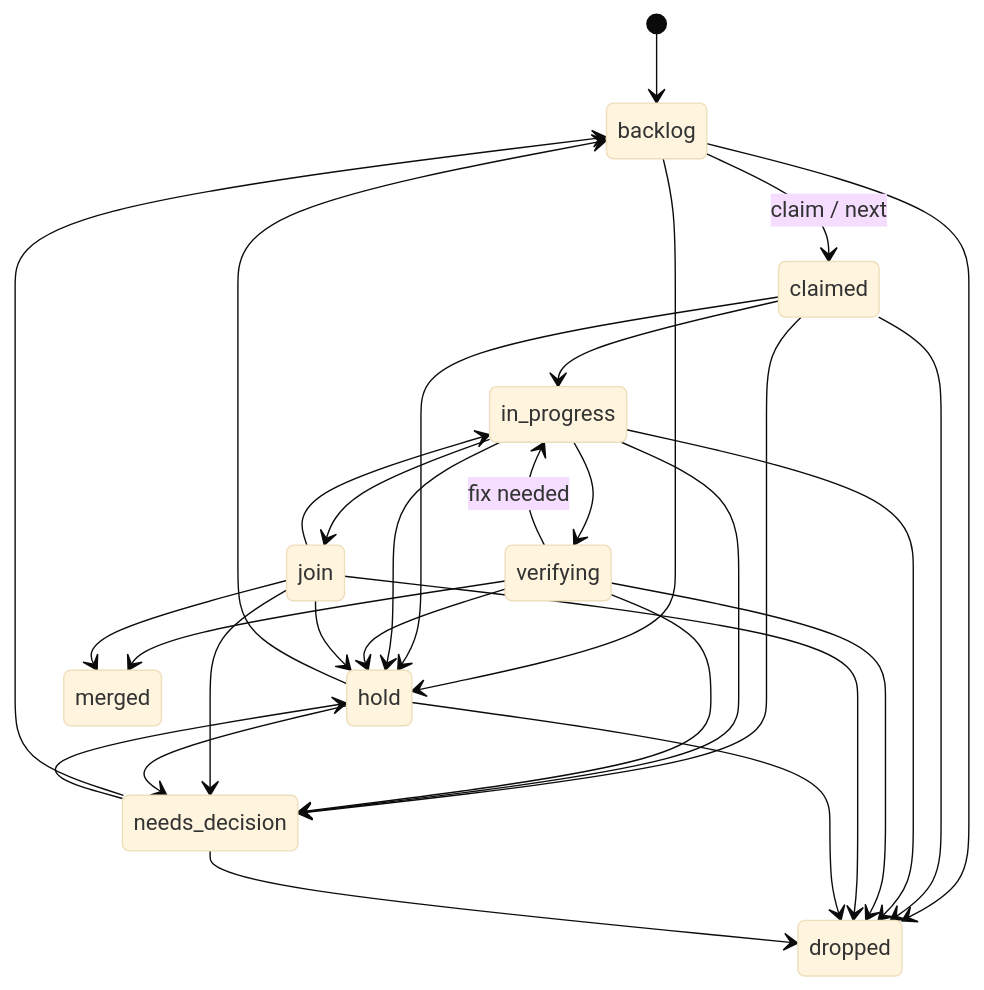
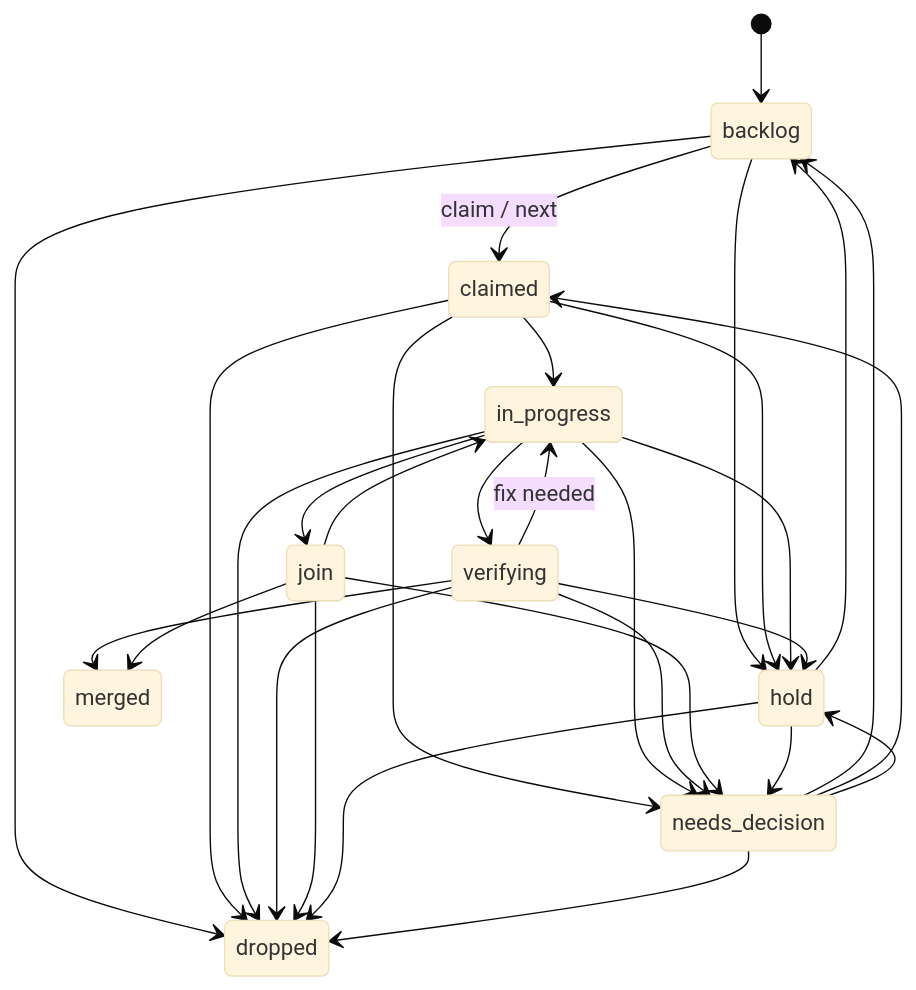
The diagram in README.md (mgh3326/handoffkeep), drawn with Mermaid (base theme) before and after one commit. The commit also changed 6 other files, not shown here.

````diff
--- a/README.md
+++ b/README.md
@@ -26,34 +26,34 @@
 ```mermaid
 stateDiagram-v2
     [*] --> backlog
     backlog --> claimed: claim / next
     backlog --> hold
     backlog --> dropped
     claimed --> in_progress
     claimed --> hold
     claimed --> needs_decision
     claimed --> dropped
     in_progress --> verifying
     in_progress --> join
     in_progress --> hold
     in_progress --> needs_decision
     in_progress --> dropped
     verifying --> in_progress: fix needed
     verifying --> merged
     verifying --> hold
     verifying --> needs_decision
     verifying --> dropped
     join --> in_progress
     join --> merged
-    join --> hold
     join --> needs_decision
     join --> dropped
     hold --> backlog
     hold --> needs_decision
     hold --> dropped
     needs_decision --> backlog
+    needs_decision --> claimed
     needs_decision --> hold
     needs_decision --> dropped
     state merged
     state dropped
 ```
````
